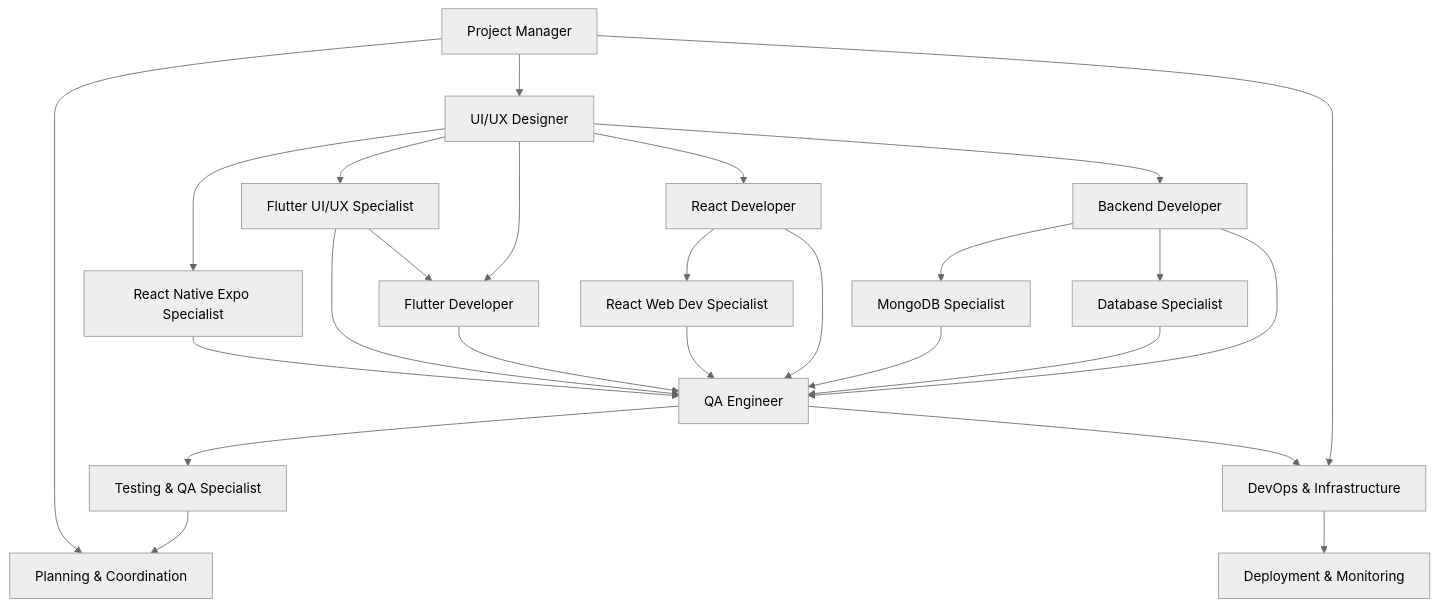
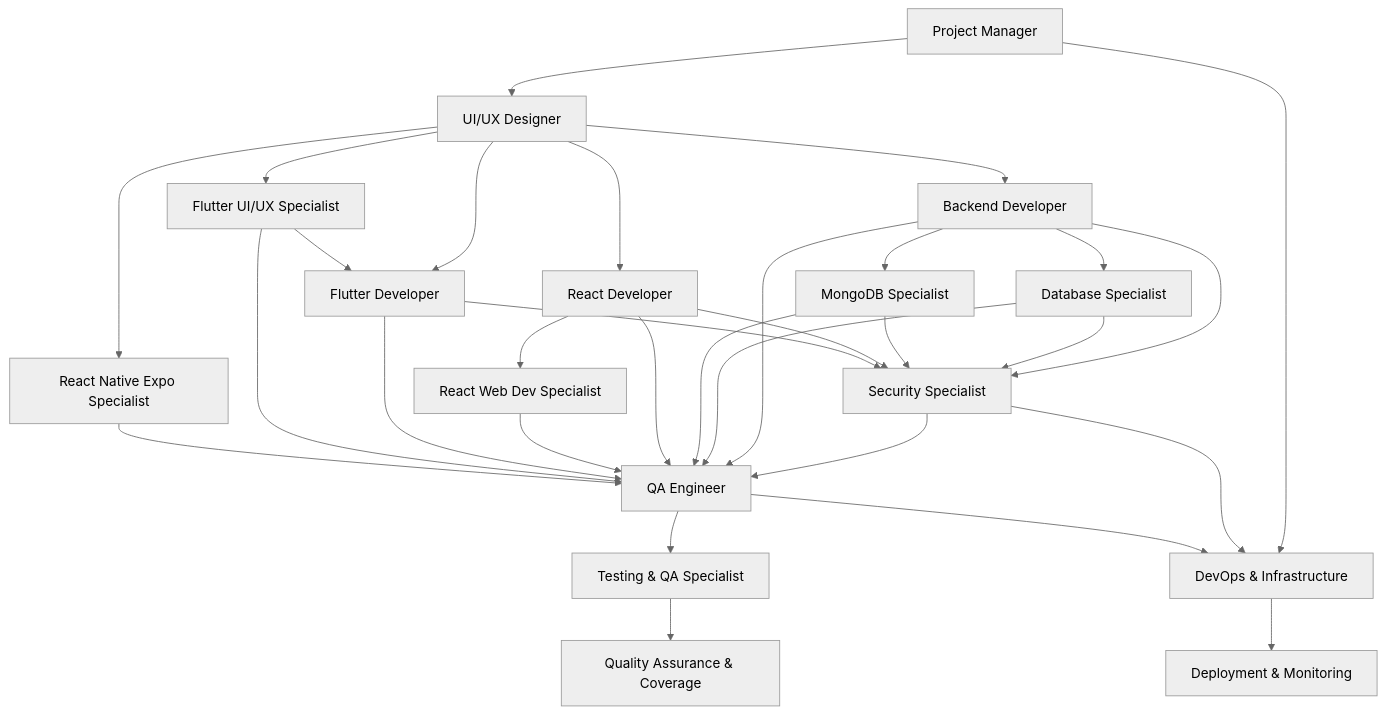
The diagram in agents/README.md (tiagofur/template-project), drawn with Mermaid (neutral theme) before and after one commit. The commit also changed other lines of this file and 3 other files, not shown here.

Commit message:
Add Security Specialist Agent with comprehensive documentation and templates

````diff
--- a/agents/README.md
+++ b/agents/README.md
@@ -68,27 +70,33 @@
 ```mermaid
 graph TD
     A[Project Manager] --> B[UI/UX Designer]
     B --> C[Backend Developer]
     C --> D[Database Specialist]
     C --> D2[MongoDB Specialist]
     B --> E[React Developer]
     E --> E2[React Web Dev Specialist]
     B --> F[Flutter Developer]
     B --> F2[Flutter UI/UX Specialist]
     B --> F3[React Native Expo Specialist]
     F2 --> F
-    C --> G[QA Engineer]
+    C --> S[Security Specialist]
+    D --> S
+    D2 --> S
+    E --> S
+    F --> S
+    S --> G[QA Engineer]
+    C --> G
     D --> G
     D2 --> G
     E --> G
     E2 --> G
     F --> G
     F2 --> G
     F3 --> G
     G --> G2[Testing & QA Specialist]
-    A --> H[Planning & Coordination]
+    A --> H[DevOps & Infrastructure]
     G2 --> I[Quality Assurance & Coverage]
-    G --> H[DevOps & Infrastructure]
-    A --> I[Planning & Coordination]
+    S --> H
+    G --> H
     H --> J[Deployment & Monitoring]
 ```
````
